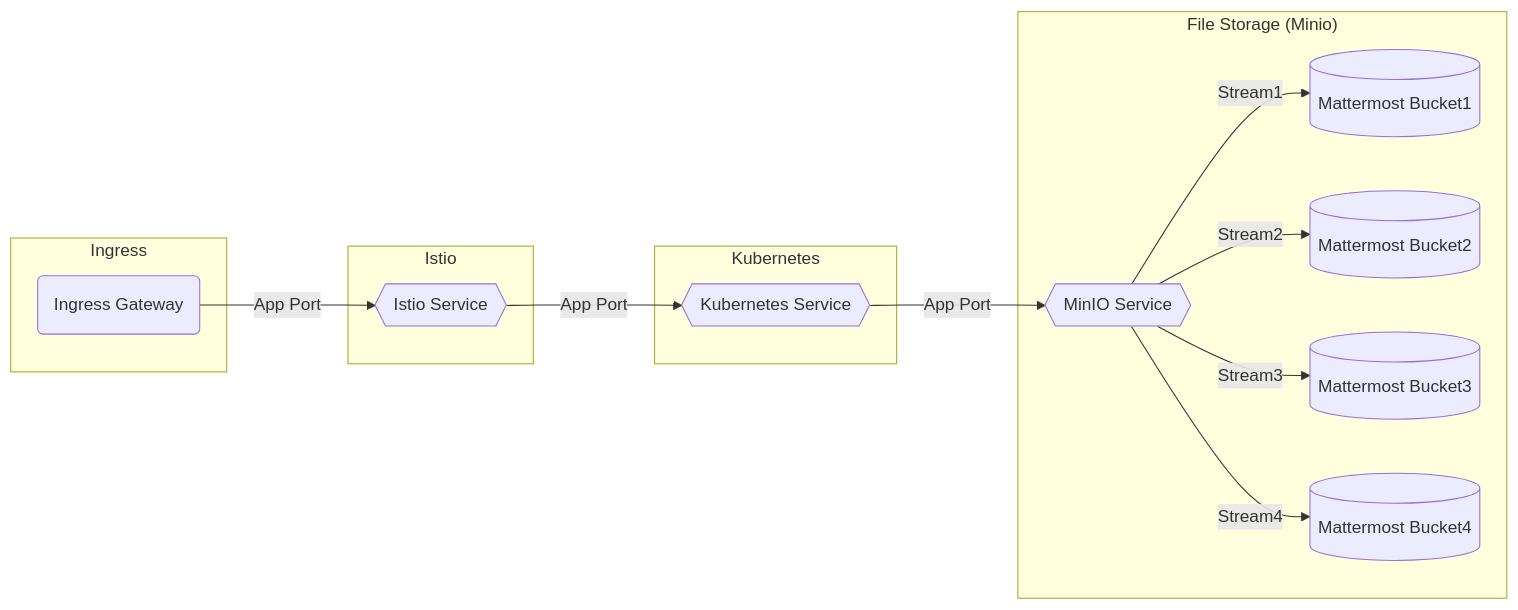
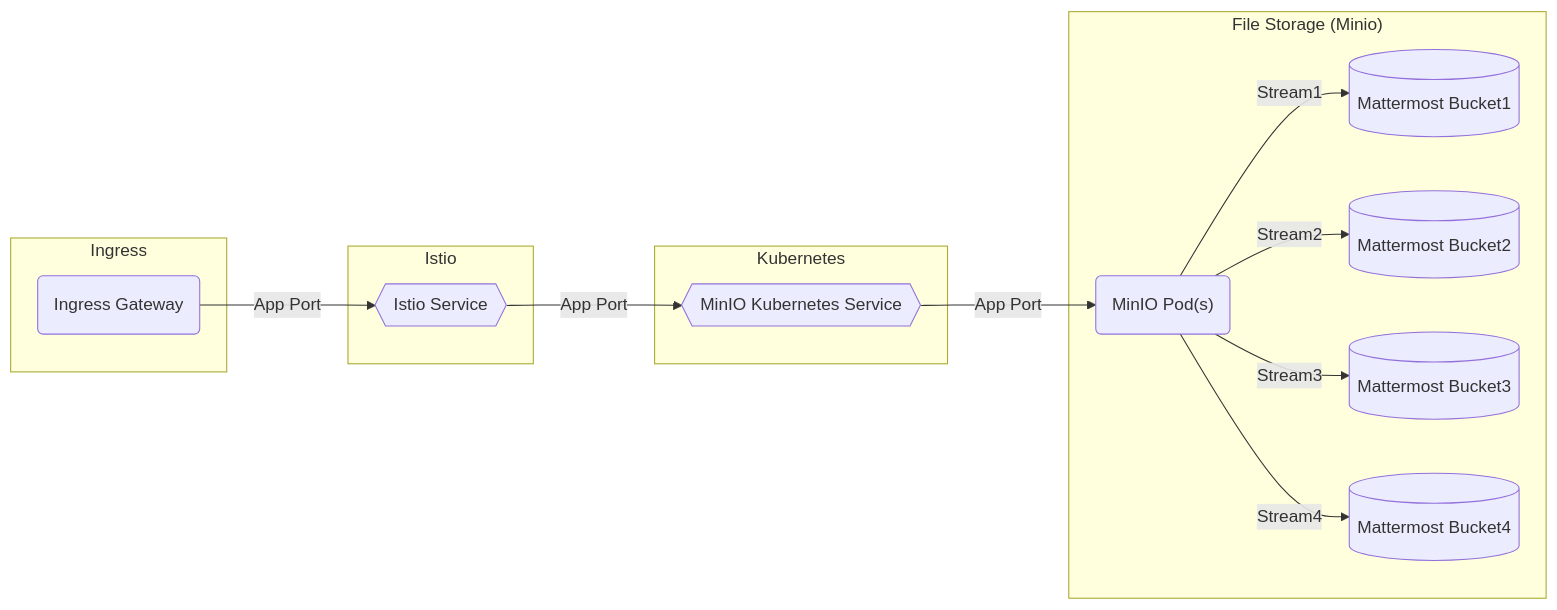
Before and after one commit to rjferguson21/big-bang: the diagram in charter/packages/minio/Architecture.md, drawn with Mermaid. The commit also changed other lines of this file, not shown here.

````diff
--- a/charter/packages/minio/Architecture.md
+++ b/charter/packages/minio/Architecture.md
@@ -12,22 +12,22 @@
 ```mermaid
 graph LR  
 
 subgraph "File Storage (Minio)"
-  minioservice{{MinIO Service}} --"Stream1"--> bucket1[(Mattermost Bucket1)]
-  minioservice{{MinIO Service}} --"Stream2"--> bucket2[(Mattermost Bucket2)]
-  minioservice{{MinIO Service}} --"Stream3"--> bucket3[(Mattermost Bucket3)]
-  minioservice{{MinIO Service}} --"Stream4"--> bucket4[(Mattermost Bucket4)]
+  miniopods("MinIO Pod(s)") --"Stream1"--> bucket1[(Mattermost Bucket1)]
+  miniopods("MinIO Pod(s)") --"Stream2"--> bucket2[(Mattermost Bucket2)]
+  miniopods("MinIO Pod(s)") --"Stream3"--> bucket3[(Mattermost Bucket3)]
+  miniopods("MinIO Pod(s)") --"Stream4"--> bucket4[(Mattermost Bucket4)]
 end
 
 subgraph "Kubernetes"
-  kubeservice{{Kubernetes Service}} --"App Port"--> minioservice
+  kubeservice{{MinIO Kubernetes Service}} --"App Port"--> miniopods
 end 
 
 subgraph "Istio"
     istservice{{Istio Service}} --"App Port"--> kubeservice
   end
 
 subgraph "Ingress"
   ig(Ingress Gateway) --"App Port"--> istservice
 end 
 ```
````
